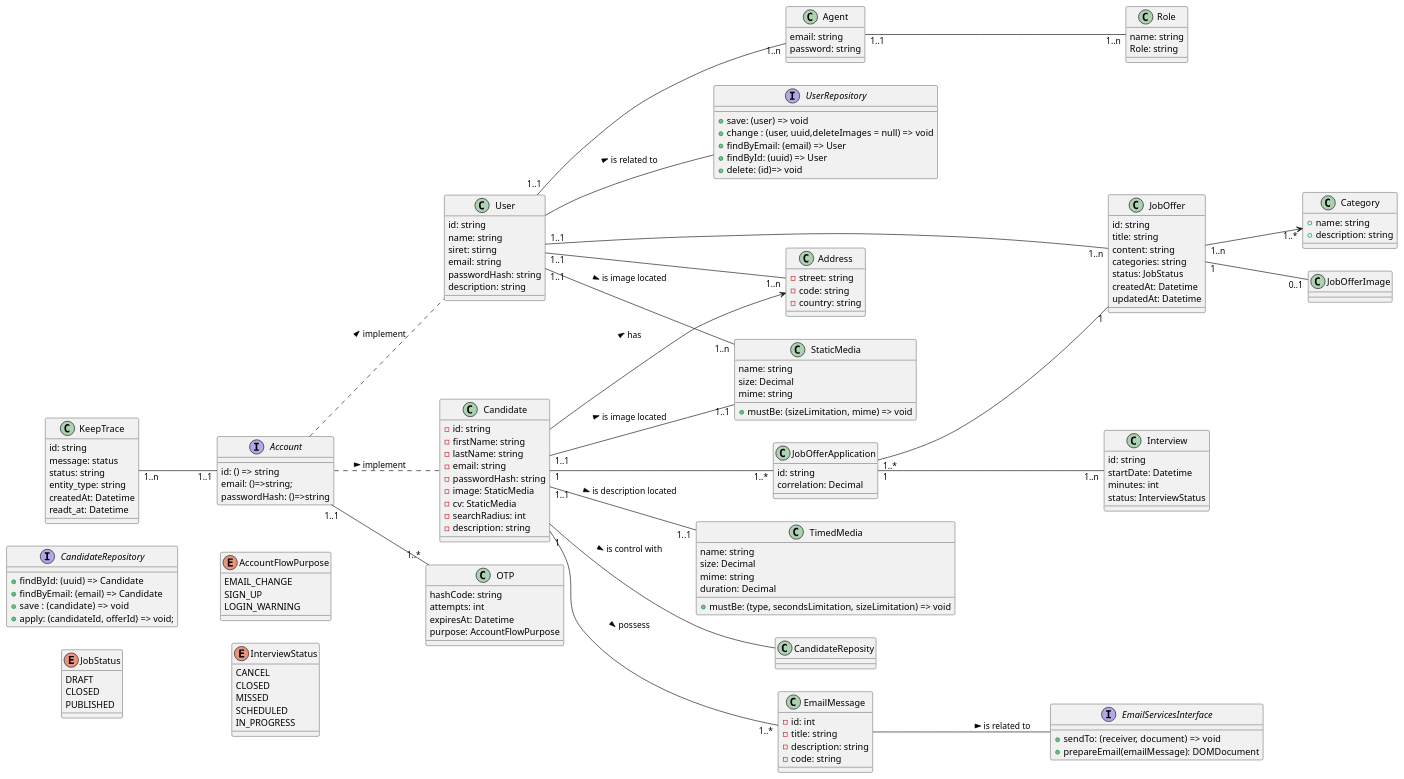
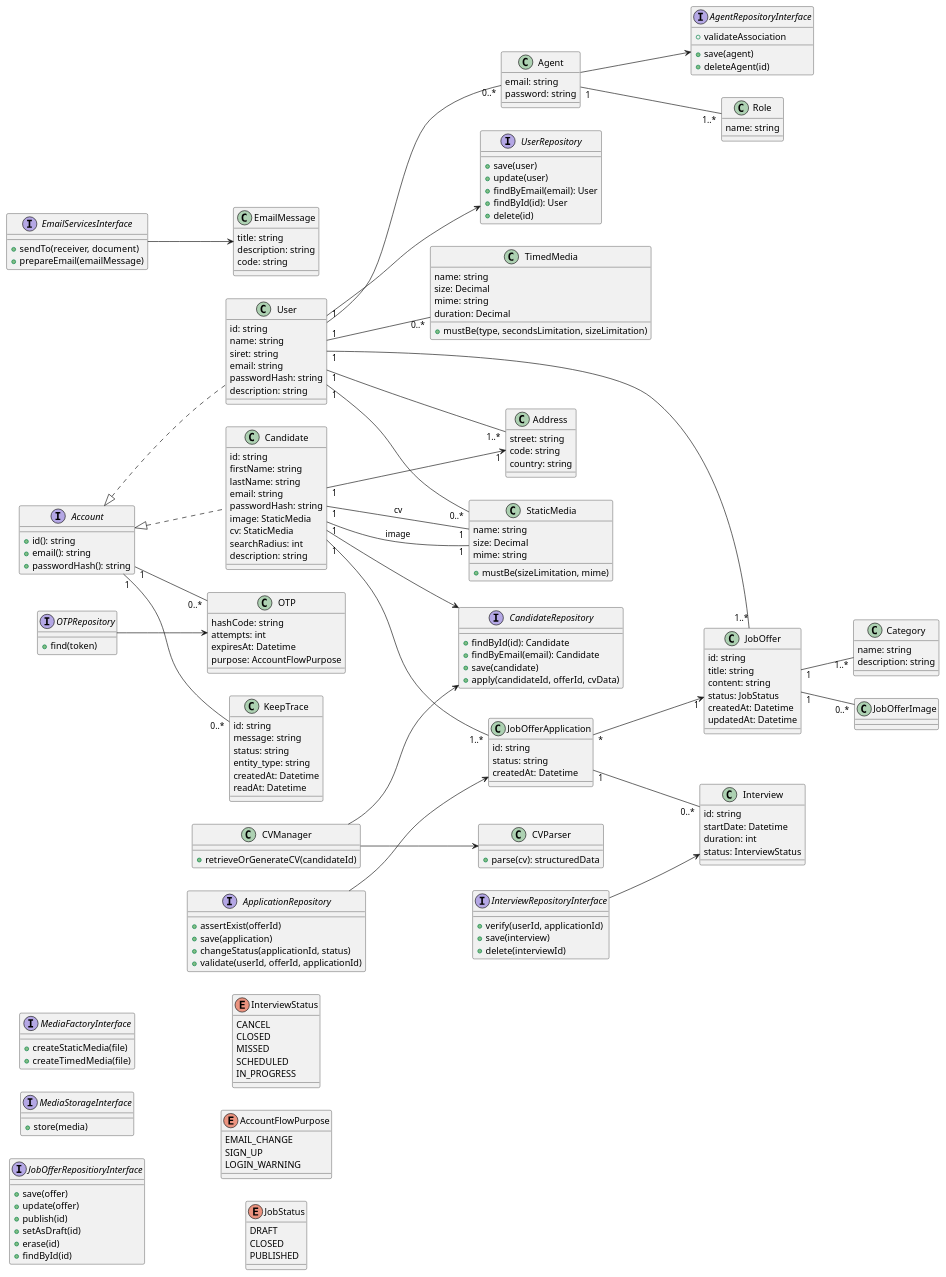
Before and after one commit to Spriggan-Team/HiringForge: the diagram in ressources/modeling/diagramme-class.puml, drawn with PlantUML. The commit also changed 17 other files, not shown here.

Commit message:
sequence diagramm & uml

```diff
--- a/ressources/modeling/diagramme-class.puml
+++ b/ressources/modeling/diagramme-class.puml
@@ -2,136 +2,197 @@
 
 left to right direction
 
+'========================
+' CORE ACCOUNT
+'========================
+
 interface Account{
-    id: () => string
-    email: ()=>string;
-    passwordHash: ()=>string
+    + id(): string
+    + email(): string
+    + passwordHash(): string
 }
-
 
 class User{
     id: string
     name: string
-    siret: stirng
+    siret: string
     email: string
     passwordHash: string
     description: string
 }
 
-interface UserRepository{
-    + save: (user) => void
-    + change : (user, uuid,deleteImages = null) => void
-    + findByEmail: (email) => User
-    + findById: (uuid) => User
-    + delete: (id)=> void
+class Candidate{
+    id: string
+    firstName: string
+    lastName: string
+    email: string
+    passwordHash: string
+    image: StaticMedia
+    cv: StaticMedia
+    searchRadius: int 
+    description: string
 }
 
-Account .. User : > implement
-User -- UserRepository : > is related to
+Account <|.. User
+Account <|.. Candidate
 
-class Candidate{
-    - id: string
-    - firstName: string
-    - lastName: string
-    - email: string
-    - passwordHash: string
-    - image: StaticMedia
-    - cv: StaticMedia
-    - searchRadius: int 
-    - description: string
+'========================
+' REPOSITORIES
+'========================
+
+interface UserRepository{
+    + save(user)
+    + update(user)
+    + findByEmail(email): User
+    + findById(id): User
+    + delete(id)
 }
 
 interface CandidateRepository{
-    + findById: (uuid) => Candidate
-    + findByEmail: (email) => Candidate
-    + save : (candidate) =>  void
-    + apply: (candidateId, offerId) => void;
+    + findById(id): Candidate
+    + findByEmail(email): Candidate
+    + save(candidate)
+    + apply(candidateId, offerId, cvData)
 }
 
-Account .. Candidate : > implement
-Candidate -- CandidateReposity : > is control with 
+User --> UserRepository
+Candidate --> CandidateRepository
+
+'========================
+' ADDRESS
+'========================
 
 class Address{
-    - street: string
-    - code: string 
-    - country: string
+    street: string
+    code: string 
+    country: string
 }
 
-User "1..1" -- "1..n"  Address
-Candidate  -->  Address : > has 
+User "1" -- "1..*" Address
+Candidate "1" --> "1" Address
 
-class EmailMessage {
-    - id: int
-    - title: string
-    - description: string
-    - code: string
+'========================
+' MEDIA (Aligned with sequences)
+'========================
+
+class StaticMedia{
+    name: string
+    size: Decimal
+    mime: string
+    + mustBe(sizeLimitation, mime)
 }
 
-interface EmailServicesInterface{
-    + sendTo: (receiver, document) => void
-    + prepareEmail(emailMessage): DOMDocument
+class TimedMedia {
+    name: string
+    size: Decimal
+    mime: string
+    duration: Decimal
+    + mustBe(type, secondsLimitation, sizeLimitation)
 }
 
-EmailMessage -- EmailServicesInterface : > is related to
-Candidate "1" -- "1..*" EmailMessage : > possess
+interface MediaFactoryInterface{
+    + createStaticMedia(file)
+    + createTimedMedia(file)
+}
 
+interface MediaStorageInterface{
+    + store(media)
+}
 
-class Category {
-    + name: string
-    + description: string
-}
+User "1" -- "0..*" StaticMedia
+User "1" -- "0..*" TimedMedia
+
+Candidate "1" -- "1" StaticMedia : image
+Candidate "1" -- "1" StaticMedia : cv
+
+'========================
+' JOB OFFER
+'========================
 
 class JobOffer{
     id: string
     title: string
     content: string
-    categories: string
     status: JobStatus
     createdAt: Datetime
     updatedAt: Datetime
 }
 
+interface JobOfferRepositioryInterface{
+    + save(offer)
+    + update(offer)
+    + publish(id)
+    + setAsDraft(id)
+    + erase(id)
+    + findById(id)
+}
+
+class Category {
+    name: string
+    description: string
+}
+
+class JobOfferImage{}
+
+JobOffer "1" -- "1..*" Category
+JobOffer "1" -- "0..*" JobOfferImage
+User "1" -- "1..*" JobOffer
+
+'========================
+' APPLICATION
+'========================
+
 class JobOfferApplication{
     id: string
-    correlation: Decimal
-
+    status: string
+    createdAt: Datetime
 }
 
-class JobOfferImage{
-
+interface ApplicationRepository{
+    + assertExist(offerId)
+    + save(application)
+    + changeStatus(applicationId, status)
+    + validate(userId, offerId, applicationId)
 }
 
+Candidate "1" -- "1..*" JobOfferApplication
+JobOfferApplication "*" --> "1" JobOffer
+ApplicationRepository --> JobOfferApplication
 
-enum JobStatus{
-    DRAFT
-    CLOSED
-    PUBLISHED
+'========================
+' CV MANAGEMENT (important)
+'========================
+
+class CVParser{
+    + parse(cv): structuredData
 }
 
+class CVManager{
+    + retrieveOrGenerateCV(candidateId)
+}
 
+CVManager --> CVParser
+CVManager --> CandidateRepository
 
-JobOffer "1..n" --> "1..*" Category
-JobOffer "1" -- "0..1" JobOfferImage 
-
-User "1..1"  -- "1..n" JobOffer
-Candidate "1" -- "1..*" JobOfferApplication
-JobOfferApplication "1..*" -- "1" JobOffer
-
-
-
-enum AccountFlowPurpose {
-    EMAIL_CHANGE
-    SIGN_UP
-    LOGIN_WARNING
-}
+'========================
+' INTERVIEW
+'========================
 
 class Interview{
     id: string
     startDate: Datetime
-    minutes: int
+    duration: int
     status: InterviewStatus
 }
 
+interface InterviewRepositoryInterface{
+    + verify(userId, applicationId)
+    + save(interview)
+    + delete(interviewId)
+}
+
+JobOfferApplication "1" -- "0..*" Interview
+InterviewRepositoryInterface --> Interview
 
 enum InterviewStatus{
     CANCEL
@@ -141,8 +202,9 @@
     IN_PROGRESS
 }
 
-
-JobOfferApplication "1" -- "1..n" Interview
+'========================
+' AUTH / SECURITY
+'========================
 
 class OTP {
     hashCode: string
@@ -151,54 +213,82 @@
     purpose: AccountFlowPurpose
 }
 
-Account "1..1" -- "1..*" OTP
+interface OTPRepository{
+    + find(token)
+}
 
+Account "1" -- "0..*" OTP
+OTPRepository --> OTP
 
+enum AccountFlowPurpose {
+    EMAIL_CHANGE
+    SIGN_UP
+    LOGIN_WARNING
+}
+
+'========================
+' EMAIL
+'========================
+
+class EmailMessage {
+    title: string
+    description: string
+    code: string
+}
+
+interface EmailServicesInterface{
+    + sendTo(receiver, document)
+    + prepareEmail(emailMessage)
+}
+
+EmailServicesInterface --> EmailMessage
+
+'========================
+' AGENT
+'========================
 
 class Agent {
     email: string
     password: string
 }
 
+interface AgentRepositoryInterface {
+    + validateAssociation
+    + save(agent)
+    + deleteAgent(id)
+}
+
 class Role {
     name: string
-    Role: string
 }
 
-User "1..1" -- "1..n" Agent
-Agent "1..1" -- "1..n" Role
+User "1" -- "0..*" Agent
+Agent "1" -- "1..*" Role
+Agent --> AgentRepositoryInterface
 
-class StaticMedia{
-    name: string
-    size: Decimal
-    mime: string
-    + mustBe: (sizeLimitation, mime) => void
-}
-
-class TimedMedia {
-    name: string
-    size: Decimal
-    mime: string
-    duration: Decimal
-    
-    + mustBe: (type, secondsLimitation, sizeLimitation) => void
-}
-
-
-User "1..1" -- "1..n" StaticMedia : >  is image located
-Candidate "1..1" -- "1..1" StaticMedia : > is image located
-Candidate "1..1" -- "1..1" TimedMedia : > is description located
-
+'========================
+' TRACE / LOG
+'========================
 
 class KeepTrace{
     id: string
-    message: status
+    message: string
     status: string   
     entity_type: string
     createdAt: Datetime
-    readt_at: Datetime
+    readAt: Datetime
 }
 
-KeepTrace "1..n" -- "1..1"  Account
+Account "1" -- "0..*" KeepTrace
+
+'========================
+' ENUM
+'========================
+
+enum JobStatus{
+    DRAFT
+    CLOSED
+    PUBLISHED
+}
 
 @enduml
```
